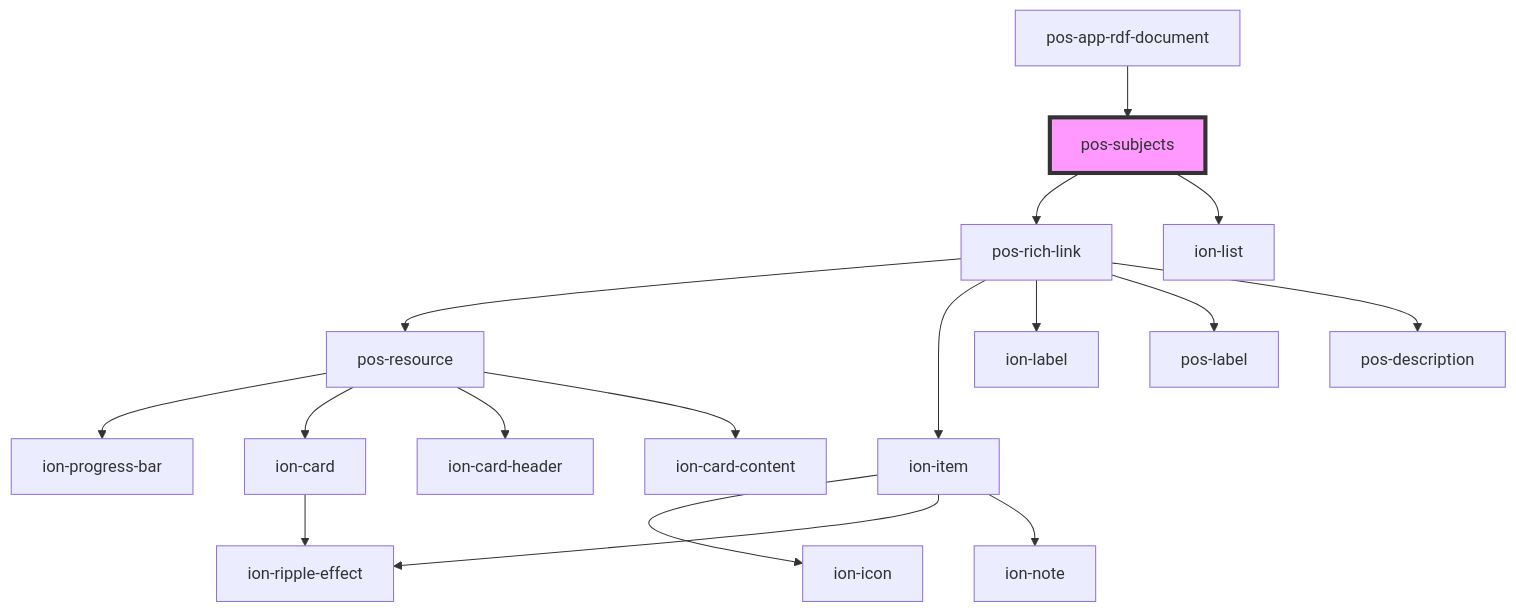
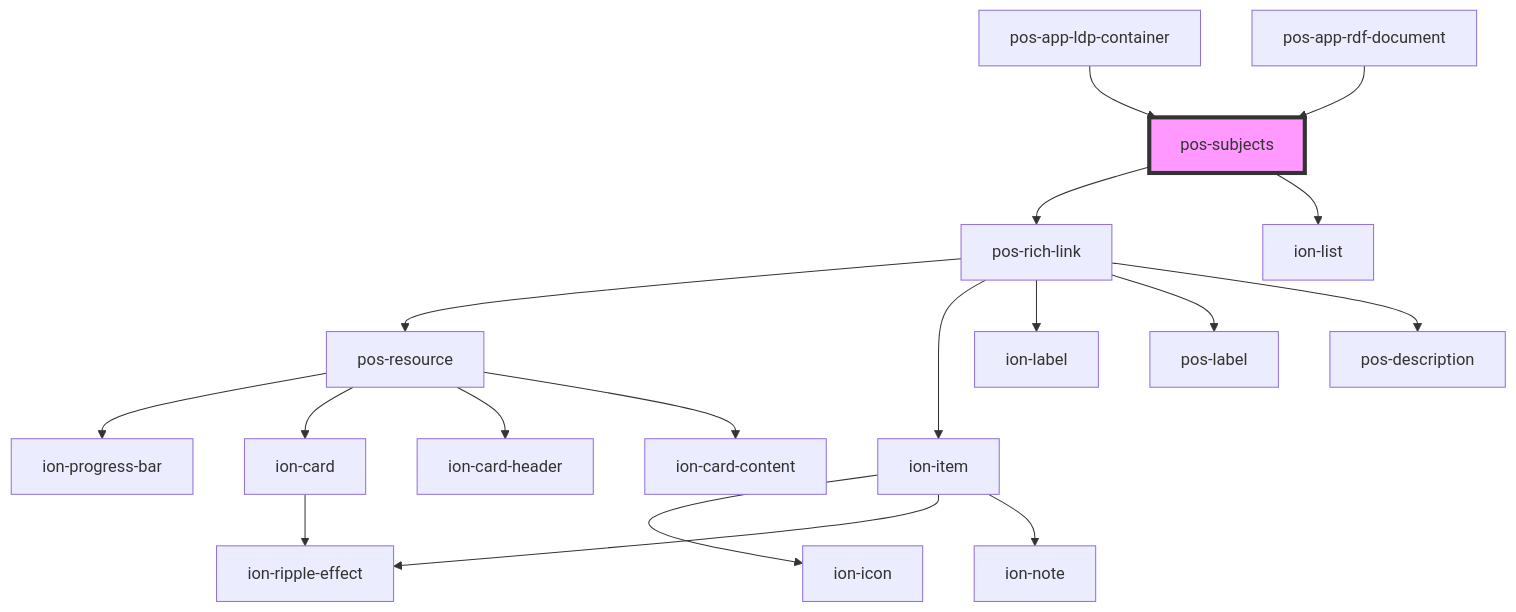
One commit to pod-os/PodOS changed the diagram in docs/elements/components/pos-subjects/readme.md. Above: the diagram before and after it, drawn with Mermaid. The commit also changed other lines of this file and 8 other files, not shown here.

````diff
--- a/docs/elements/components/pos-subjects/readme.md
+++ b/docs/elements/components/pos-subjects/readme.md
@@ -27,20 +28,21 @@
 ```mermaid
 graph TD;
   pos-subjects --> pos-rich-link
   pos-subjects --> ion-list
   pos-rich-link --> pos-resource
   pos-rich-link --> ion-item
   pos-rich-link --> ion-label
   pos-rich-link --> pos-label
   pos-rich-link --> pos-description
   pos-resource --> ion-progress-bar
   pos-resource --> ion-card
   pos-resource --> ion-card-header
   pos-resource --> ion-card-content
   ion-card --> ion-ripple-effect
   ion-item --> ion-icon
   ion-item --> ion-ripple-effect
   ion-item --> ion-note
+  pos-app-ldp-container --> pos-subjects
   pos-app-rdf-document --> pos-subjects
   style pos-subjects fill:#f9f,stroke:#333,stroke-width:4px
 ```
````
